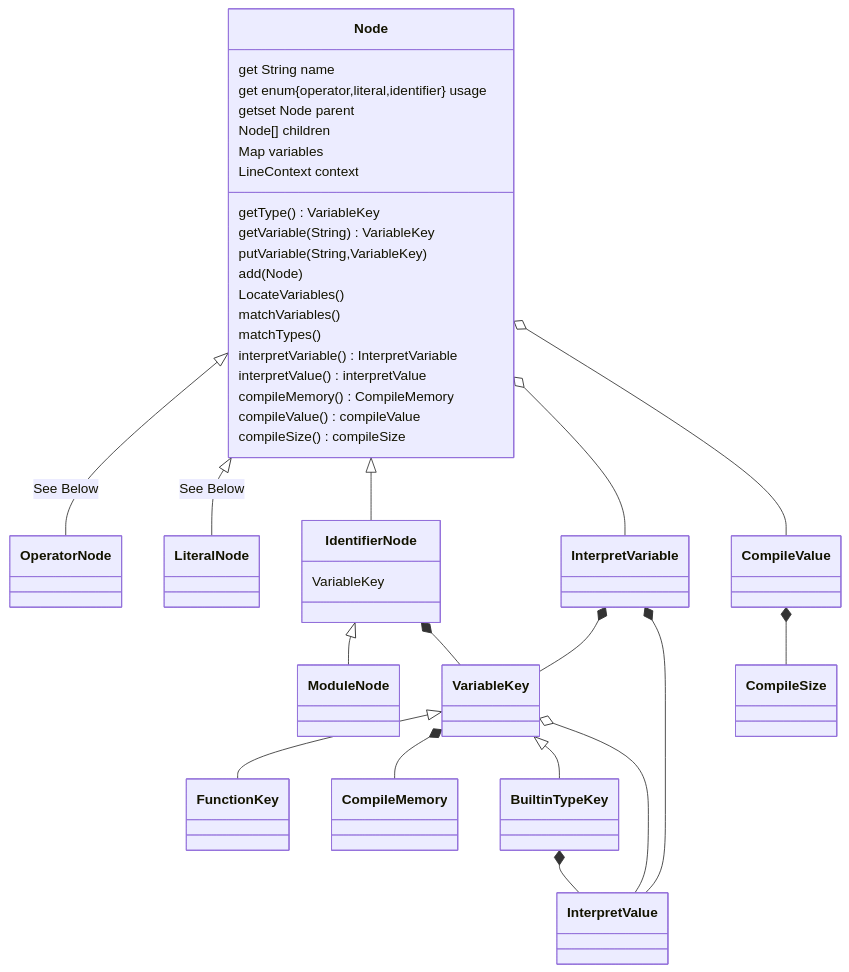
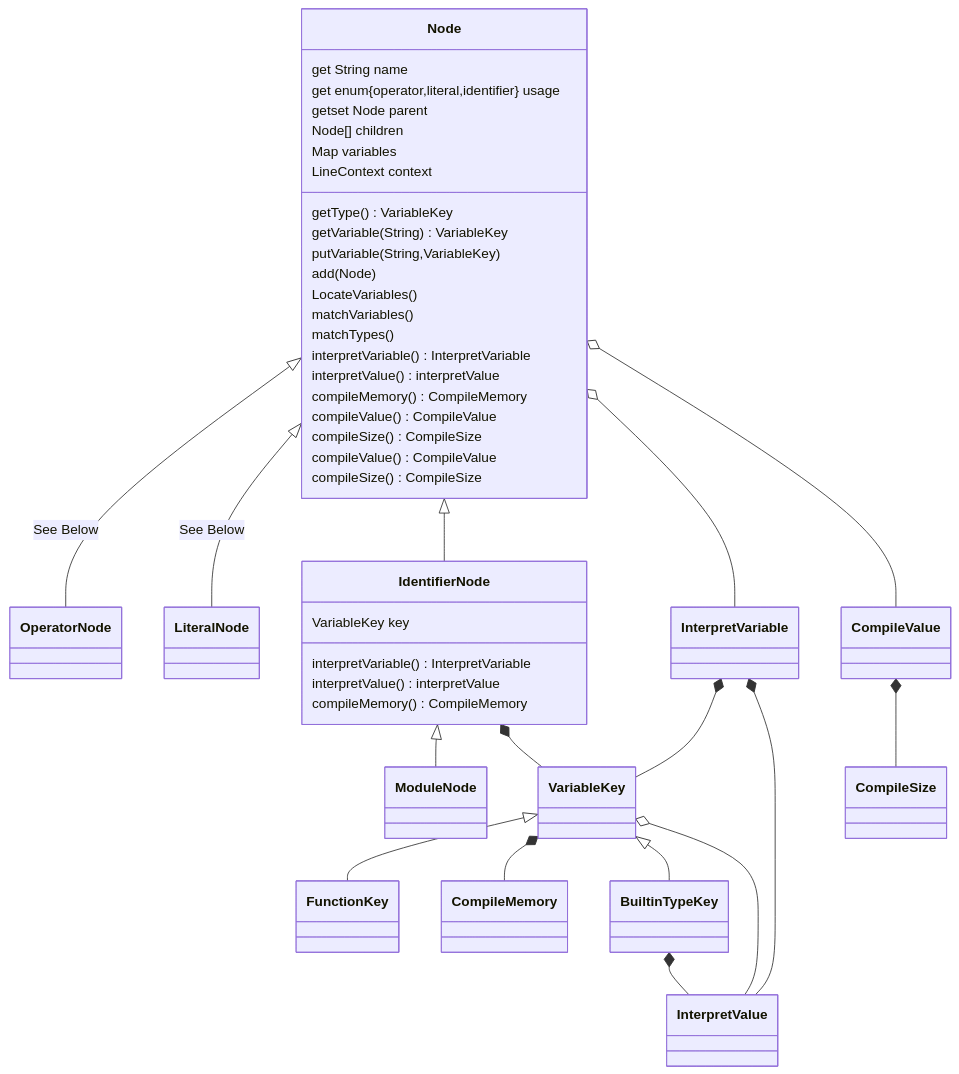
One commit to Jzhyang1/Monomer changed the first of 4 diagrams in README.md. Above: the diagram before and after it, drawn with Mermaid. The commit also changed other lines of this file, not shown here.

Commit message:
README.md updated from https://stackedit.io/

````diff
--- a/README.md
+++ b/README.md
@@ -239,39 +239,45 @@
 ```mermaid
 classDiagram
 Node <|-- OperatorNode: See Below
 Node <|-- LiteralNode: See Below
 Node <|-- IdentifierNode
 Node o-- InterpretVariable
 IdentifierNode <|-- ModuleNode
 IdentifierNode *-- VariableKey
 VariableKey <|-- FunctionKey
 VariableKey *-- CompileMemory
 VariableKey <|-- BuiltinTypeKey
 BuiltinTypeKey *-- InterpretValue
 VariableKey o-- InterpretValue
 InterpretVariable *-- VariableKey
 CompileValue *-- CompileSize
 Node o-- CompileValue
 InterpretVariable *-- InterpretValue
 
 Node: get String name
 Node: get enum{operator,literal,identifier} usage
 Node: getset Node parent
 Node: Node[] children
 Node: Map<String, VariableKey> variables
 Node: LineContext context
 Node: getType() VariableKey
 Node: getVariable(String) VariableKey
 Node: putVariable(String,VariableKey)
 Node: add(Node)
 Node: LocateVariables()
 Node: matchVariables()
 Node: matchTypes()
 Node: interpretVariable() InterpretVariable
 Node: interpretValue() interpretValue
 Node: compileMemory() CompileMemory
-Node: compileValue() compileValue
-Node: compileSize() compileSize
+Node: compileValue() CompileValue
+Node: compileSize() CompileSize
 
-IdentifierNode: VariableKey 
+IdentifierNode: VariableKey key
+IdentifierNode: interpretVariable() InterpretVariable
+IdentifierNode: interpretValue() interpretValue
+IdentifierNode: compileMemory() CompileMemory
+Node: compileValue() CompileValue
+Node: compileSize() CompileSize
+
 ```
````
